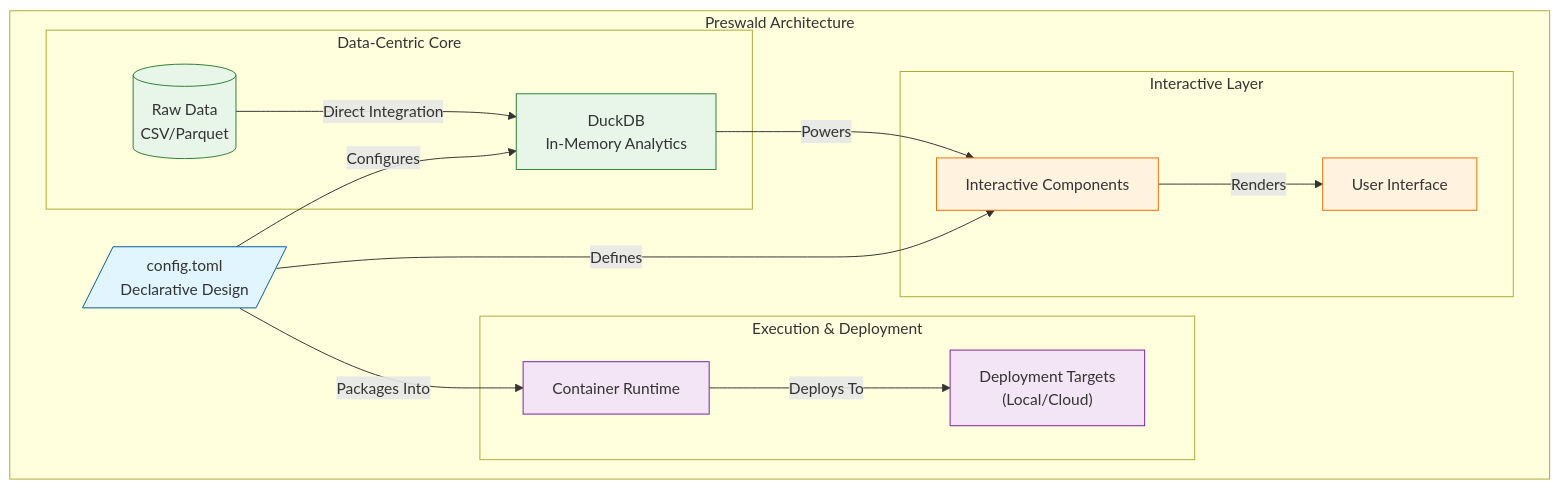
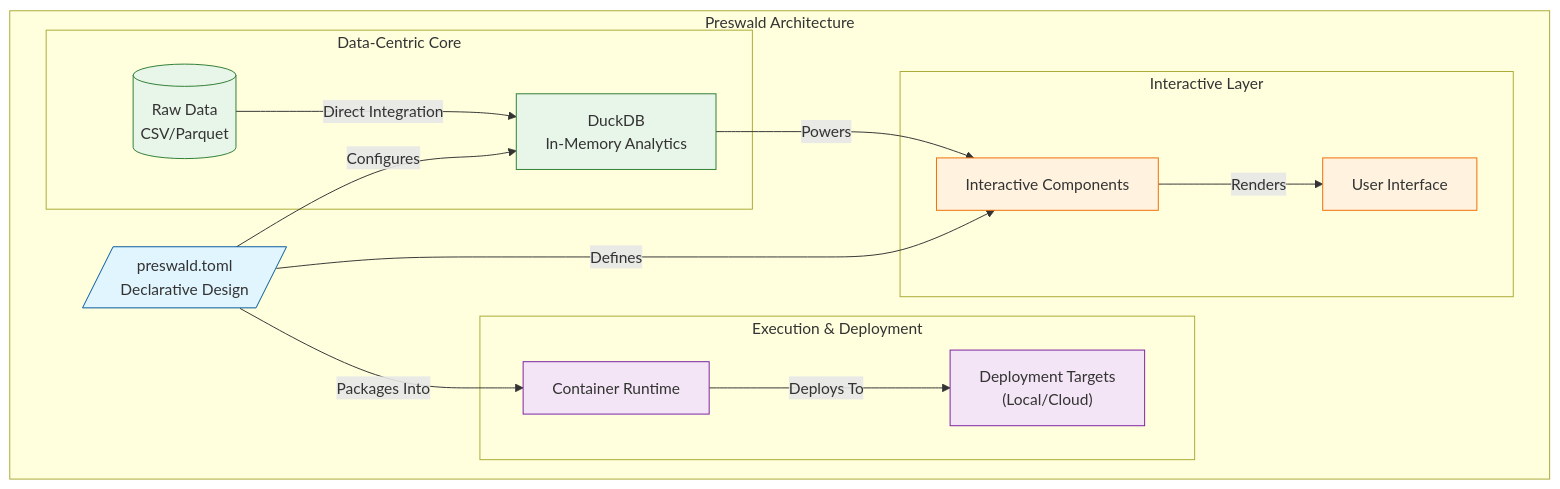
One commit to StructuredLabs/preswald-docs changed the diagram in coreconcepts.mdx. Above: the diagram before and after it, drawn with Mermaid. The commit also changed other lines of this file and 4 other files, not shown here.

Commit message:
Replace config.toml with preswald.toml

````diff
--- a/coreconcepts.mdx
+++ b/coreconcepts.mdx
@@ -11,43 +11,43 @@
 ```mermaid
 graph TB
     subgraph "Preswald Architecture"
-        Config[/"config.toml\nDeclarative Design"/]
+        Config[/"preswald.toml\nDeclarative Design"/]
 
         subgraph "Data-Centric Core"
             DuckDB["DuckDB\nIn-Memory Analytics"]
             Data[(Raw Data\nCSV/Parquet)]
         end
 
         subgraph "Interactive Layer"
             Components["Interactive Components"]
             UI["User Interface"]
         end
 
         subgraph "Execution & Deployment"
             Container["Container Runtime"]
             Deploy["Deployment Targets\n(Local/Cloud)"]
         end
     end
 
     %% Data Flow
     Data -->|Direct Integration| DuckDB
     Config -->|Defines| Components
     Config -->|Configures| DuckDB
     DuckDB -->|Powers| Components
     Components -->|Renders| UI
 
     %% Deployment Flow
     Config -->|Packages Into| Container
     Container -->|Deploys To| Deploy
 
     %% Styling
     classDef core fill:#e1f5fe,stroke:#01579b
     classDef data fill:#e8f5e9,stroke:#2e7d32
     classDef ui fill:#fff3e0,stroke:#ef6c00
     classDef deploy fill:#f3e5f5,stroke:#7b1fa2
 
     class Config core
     class DuckDB,Data data
     class Components,UI ui
     class Container,Deploy deploy
 ```
````
